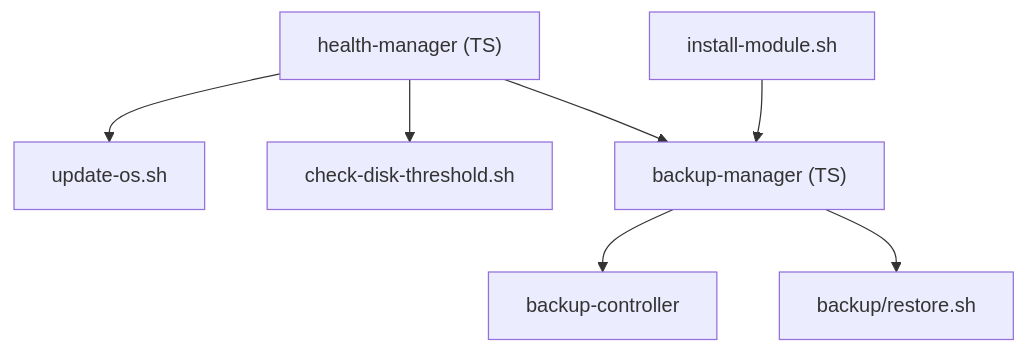
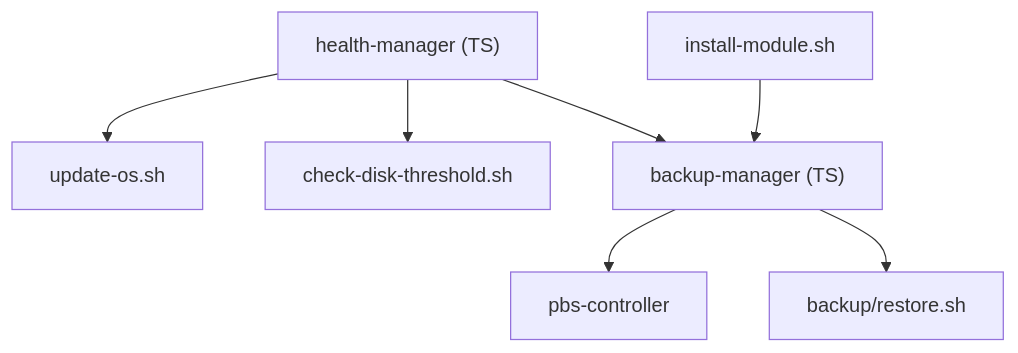
Before and after one commit to TAPPaaS/TAPPaaS: the fifth of 6 diagrams in src/foundation/DEPENDENCIES.md, drawn with Mermaid. The commit also changed other lines of this file and 187 other files, not shown here.

````diff
--- a/src/foundation/DEPENDENCIES.md
+++ b/src/foundation/DEPENDENCIES.md
@@ -326,9 +326,9 @@
 ```mermaid
 graph TD
     HM["health-manager (TS)"] --> UOS["update-os.sh"]
     HM --> CDT["check-disk-threshold.sh"]
     HM --> BM["backup-manager (TS)"]
-    BM --> BC["backup-controller"]
+    BM --> BC["pbs-controller"]
     BM --> FR["backup/restore.sh"]
     IM["install-module.sh"] --> BM
 ```
````
